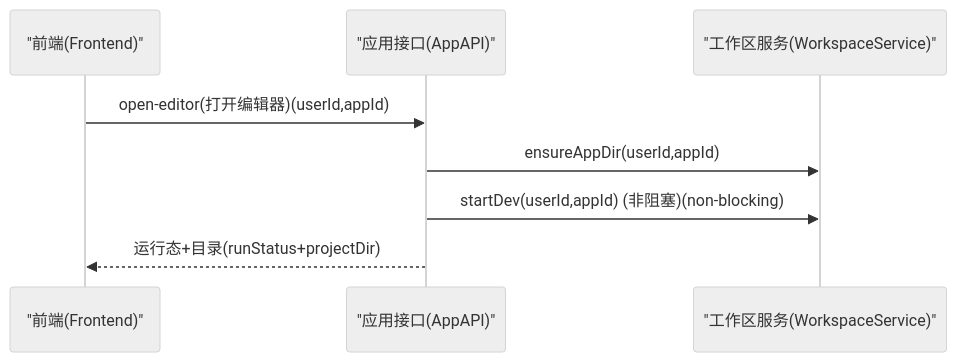
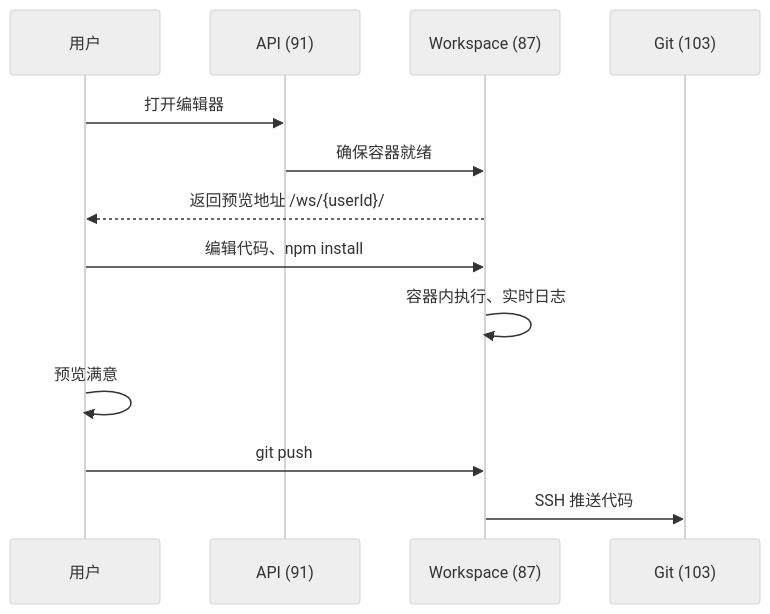
Before and after one commit to ruiAndroid/fun-ai-studio-api: the first of 2 diagrams in src/main/resources/doc/domains/architecture/README.md, drawn with Mermaid (neutral theme). The commit also changed other lines of this file and 2 other files, not shown here.

````diff
--- a/src/main/resources/doc/domains/architecture/README.md
+++ b/src/main/resources/doc/domains/architecture/README.md
@@ -242,11 +79,19 @@
 ```mermaid
 sequenceDiagram
-participant FE as "前端(Frontend)"
-participant App as "应用接口(AppAPI)"
-participant WS as "工作区服务(WorkspaceService)"
+    participant U as 用户
+    participant API as API (91)
+    participant WS as Workspace (87)
+    participant Git as Git (103)
 
-FE->>App: open-editor(打开编辑器)(userId,appId)
-App->>WS: ensureAppDir(userId,appId)
-App->>WS: startDev(userId,appId) (非阻塞)(non-blocking)
-App-->>FE: 运行态+目录(runStatus+projectDir)
+    U->>API: 打开编辑器
+    API->>WS: 确保容器就绪
+    WS-->>U: 返回预览地址 /ws/{userId}/
+
+    U->>WS: 编辑代码、npm install
+    WS->>WS: 容器内执行、实时日志
+
+    U->>U: 预览满意
+
+    U->>WS: git push
+    WS->>Git: SSH 推送代码
 ```
````
